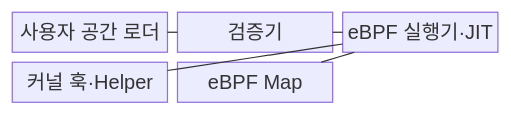
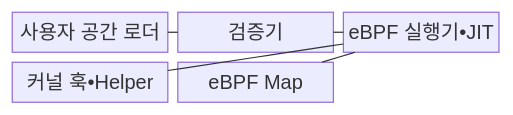
Before and after one commit to agnusdei1207/knowledge-base: the first of 2 diagrams in src/content/docs/notes/08-latest-tech/165_ebpf.md, drawn with Mermaid. The commit also changed other lines of this file and 953 other files, not shown here.

````diff
--- a/src/content/docs/notes/08-latest-tech/165_ebpf.md
+++ b/src/content/docs/notes/08-latest-tech/165_ebpf.md
@@ -71,13 +71,13 @@
 ```mermaid
 block-beta
   columns 3
   loader["사용자 공간 로더"]
   verifier["검증기"]
-  runtime["eBPF 실행기·JIT"]
-  hook["커널 훅·Helper"]
+  runtime["eBPF 실행기•JIT"]
+  hook["커널 훅•Helper"]
   map["eBPF Map"]
   loader --- verifier
   verifier --- runtime
   runtime --- hook
   runtime --- map
 ```
````
